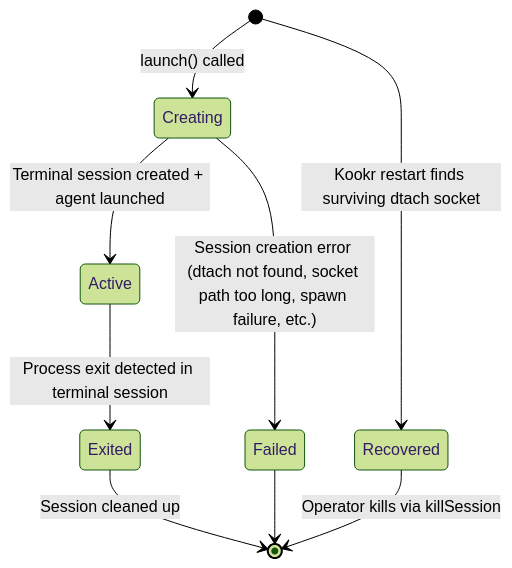
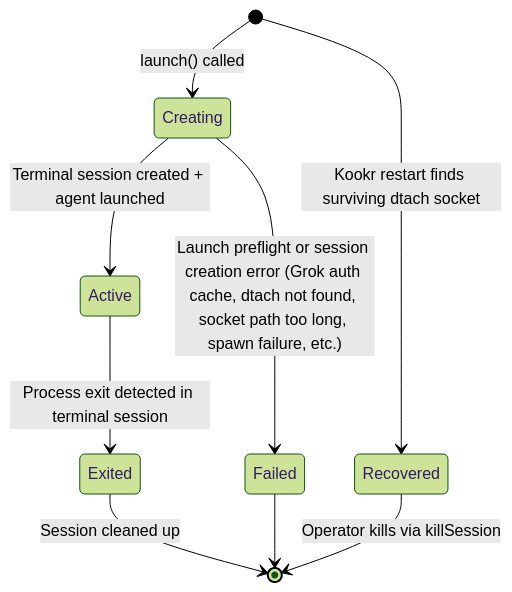
One commit to kookr-ai/kookr changed the diagram in docs/system-models/subsystems/agent-adapter/03-state-machines.md. Above: the diagram before and after it, drawn with Mermaid (forest theme). The commit also changed other lines of this file and 1 other file, not shown here.

Commit message:
docs(agent-adapter): document Grok auth preflight

````diff
--- a/docs/system-models/subsystems/agent-adapter/03-state-machines.md
+++ b/docs/system-models/subsystems/agent-adapter/03-state-machines.md
@@ -9,16 +9,16 @@
 ```mermaid
 stateDiagram-v2
   [*] --> Creating: launch() called
 
   Creating --> Active: Terminal session created + agent launched
-  Creating --> Failed: Session creation error (dtach not found, socket path too long, spawn failure, etc.)
+  Creating --> Failed: Launch preflight or session creation error (Grok auth cache, dtach not found, socket path too long, spawn failure, etc.)
 
   Active --> Exited: Process exit detected in terminal session
 
   [*] --> Recovered: Kookr restart finds surviving dtach socket
 
   Exited --> [*]: Session cleaned up
 
   Failed --> [*]
   Recovered --> [*]: Operator kills via killSession
 ```
````
